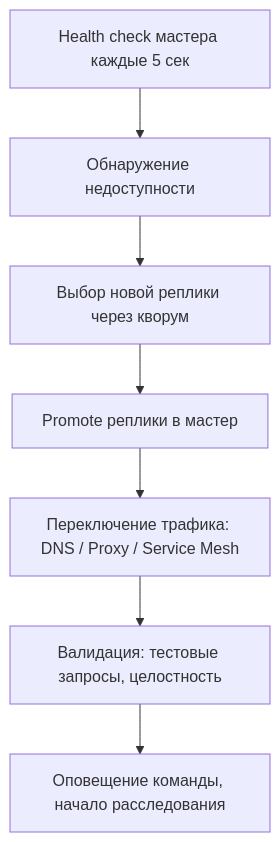
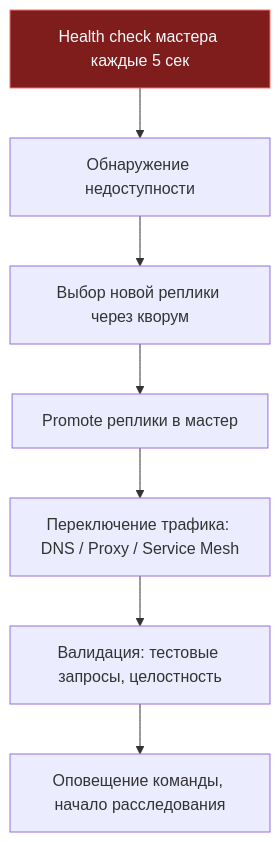
Before and after one commit to UnrealTemplier/go-textbook: the third of 3 diagrams in sources/12. Базы данных/10. Практика и архитектура/16. Disaster recovery.md, drawn with Mermaid. The commit also changed other lines of this file and 1666 other files, not shown here.

First line of the commit message:
feat(mermaid): add semantic color classDef to 1369 colorless flowchart/graph diagrams

````diff
--- a/sources/12. Базы данных/10. Практика и архитектура/16. Disaster recovery.md
+++ b/sources/12. Базы данных/10. Практика и архитектура/16. Disaster recovery.md
@@ -271,9 +291,19 @@
 ```mermaid
 flowchart TD
-    HealthCheck["Health check мастера каждые 5 сек"] --> Detect["Обнаружение недоступности"]
+    classDef process  fill:#1e293b,stroke:#38bdf8,stroke-width:1px,color:#f8fafc
+    classDef success  fill:#064e3b,stroke:#34d399,stroke-width:1px,color:#f8fafc
+    classDef error    fill:#7f1d1d,stroke:#f87171,stroke-width:1px,color:#f8fafc
+    classDef warning  fill:#78350f,stroke:#fbbf24,stroke-width:1px,color:#f8fafc
+    classDef entry    fill:#1e3a5f,stroke:#38bdf8,stroke-width:2px,color:#f8fafc
+    classDef aux      fill:#334155,stroke:#64748b,stroke-width:1px,color:#f8fafc
+    classDef system   fill:#312e81,stroke:#a78bfa,stroke-width:1px,color:#f8fafc
+    classDef data     fill:#132d29,stroke:#2dd4bf,stroke-width:1px,color:#f8fafc
+    classDef network  fill:#881337,stroke:#fb7185,stroke-width:1px,color:#f8fafc
+    classDef accent   fill:#1e1b4b,stroke:#818cf8,stroke-width:1px,color:#f8fafc
+    HealthCheck["Health check мастера каждые 5 сек"]:::error --> Detect["Обнаружение недоступности"]
     Detect --> Elect["Выбор новой реплики через кворум"]
     Elect --> Promote["Promote реплики в мастер"]
     Promote --> Redirect["Переключение трафика: DNS / Proxy / Service Mesh"]
     Redirect --> Verify["Валидация: тестовые запросы, целостность"]
     Verify --> Notify["Оповещение команды, начало расследования"]
 ```
````
